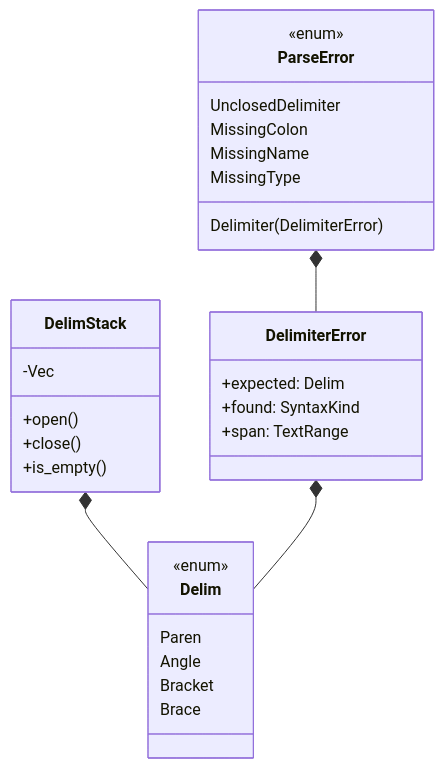
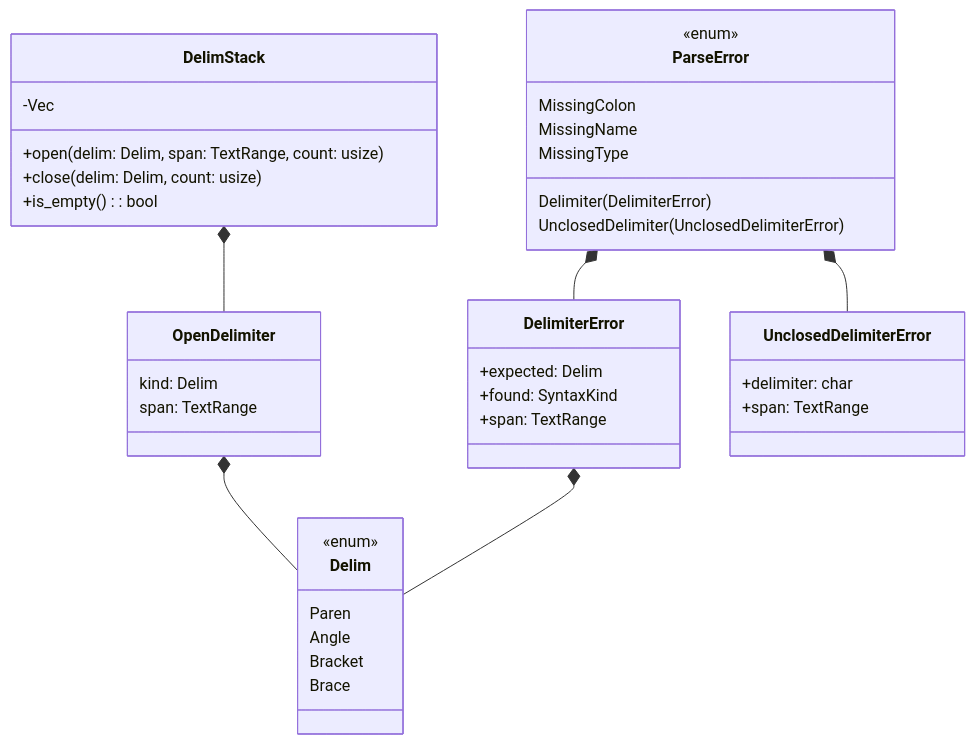
One commit to leynos/ddlint changed the second of 2 diagrams in docs/function-parsing-design.md. Above: the diagram before and after it, drawn with Mermaid. The commit also changed other lines of this file and 15 other files, not shown here.

````diff
--- a/docs/function-parsing-design.md
+++ b/docs/function-parsing-design.md
@@ -50,33 +64,43 @@
 ```mermaid
 classDiagram
     class Delim {
         <<enum>>
         Paren
         Angle
         Bracket
         Brace
     }
+    class OpenDelimiter {
+        kind: Delim
+        span: TextRange
+    }
     class DelimStack {
-        +open()
-        +close()
-        +is_empty()
-        -Vec<Delim>
+        +open(delim: Delim, span: TextRange, count: usize)
+        +close(delim: Delim, count: usize)
+        +is_empty(): bool
+        -Vec<OpenDelimiter>
     }
     class DelimiterError {
         +expected: Delim
         +found: SyntaxKind
         +span: TextRange
     }
+    class UnclosedDelimiterError {
+        +delimiter: char
+        +span: TextRange
+    }
     class ParseError {
         <<enum>>
         Delimiter(DelimiterError)
-        UnclosedDelimiter
+        UnclosedDelimiter(UnclosedDelimiterError)
         MissingColon
         MissingName
         MissingType
     }
 
-    DelimStack *-- Delim
+    DelimStack *-- OpenDelimiter
+    OpenDelimiter *-- Delim
     DelimiterError *-- Delim
     ParseError *-- DelimiterError
+    ParseError *-- UnclosedDelimiterError
 ```
````
